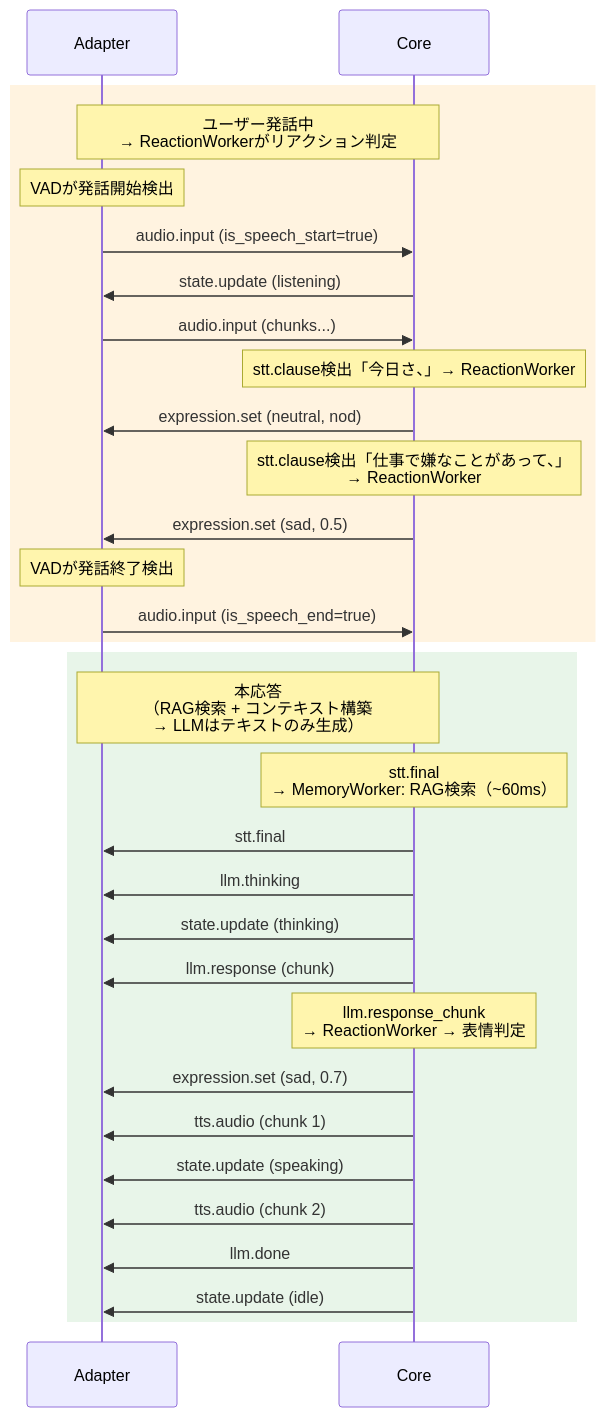
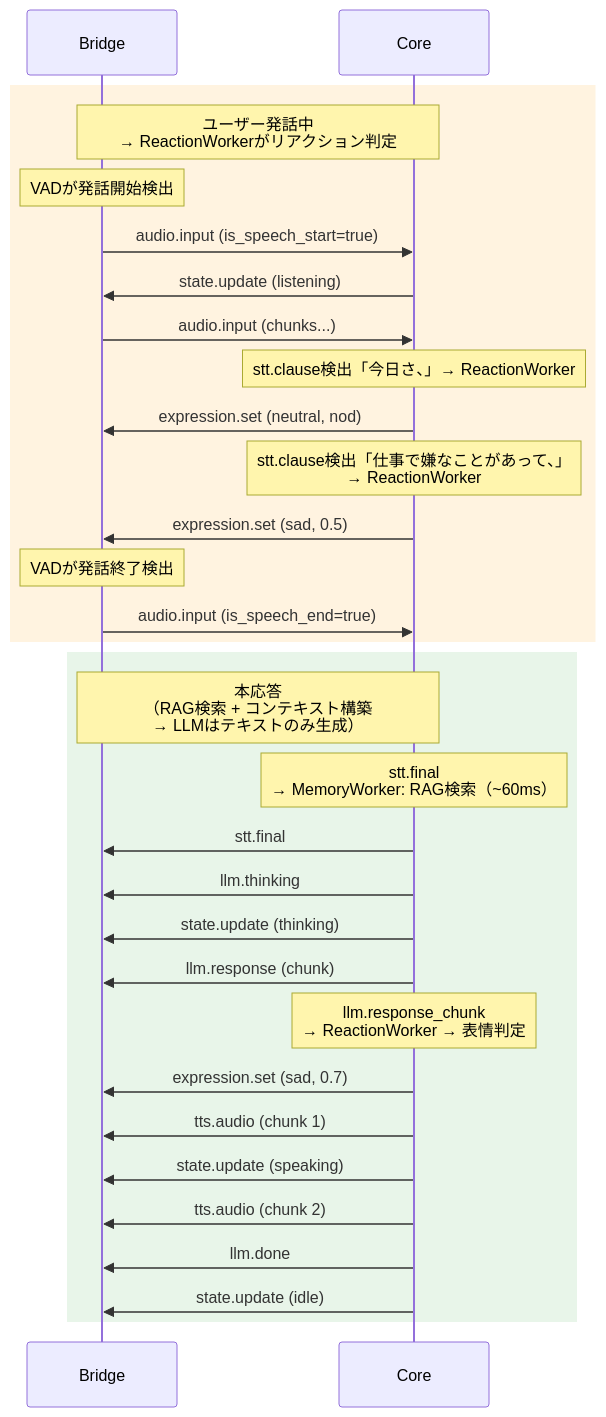
The second of 3 diagrams in docs/protocol.md (miumo6329/ai-avatar-framework), drawn with Mermaid before and after one commit. The commit also changed other lines of this file and 11 other files, not shown here.

````diff
--- a/docs/protocol.md
+++ b/docs/protocol.md
@@ -358,35 +358,35 @@
 ```mermaid
 sequenceDiagram
-  participant Adapter
+  participant Bridge
   participant Core
 
   rect rgb(255, 243, 224)
-    Note over Adapter, Core: ユーザー発話中 <br/>→ ReactionWorkerがリアクション判定
-    Note over Adapter: VADが発話開始検出
-    Adapter->>Core: audio.input (is_speech_start=true)
-    Core->>Adapter: state.update (listening)
-    Adapter->>Core: audio.input (chunks...)
+    Note over Bridge, Core: ユーザー発話中 <br/>→ ReactionWorkerがリアクション判定
+    Note over Bridge: VADが発話開始検出
+    Bridge->>Core: audio.input (is_speech_start=true)
+    Core->>Bridge: state.update (listening)
+    Bridge->>Core: audio.input (chunks...)
     Note over Core: stt.clause検出「今日さ、」→ ReactionWorker
-    Core->>Adapter: expression.set (neutral, nod)
+    Core->>Bridge: expression.set (neutral, nod)
     Note over Core: stt.clause検出「仕事で嫌なことがあって、」<br/>→ ReactionWorker
-    Core->>Adapter: expression.set (sad, 0.5)
-    Note over Adapter: VADが発話終了検出
-    Adapter->>Core: audio.input (is_speech_end=true)
+    Core->>Bridge: expression.set (sad, 0.5)
+    Note over Bridge: VADが発話終了検出
+    Bridge->>Core: audio.input (is_speech_end=true)
   end
 
   rect rgb(232, 245, 233)
-    Note over Adapter, Core: 本応答<br/>（RAG検索 + コンテキスト構築 <br/>→ LLMはテキストのみ生成）
+    Note over Bridge, Core: 本応答<br/>（RAG検索 + コンテキスト構築 <br/>→ LLMはテキストのみ生成）
     Note over Core: stt.final <br/>→ MemoryWorker: RAG検索（~60ms）
-    Core->>Adapter: stt.final
-    Core->>Adapter: llm.thinking
-    Core->>Adapter: state.update (thinking)
-    Core->>Adapter: llm.response (chunk)
+    Core->>Bridge: stt.final
+    Core->>Bridge: llm.thinking
+    Core->>Bridge: state.update (thinking)
+    Core->>Bridge: llm.response (chunk)
     Note over Core: llm.response_chunk <br/>→ ReactionWorker → 表情判定
-    Core->>Adapter: expression.set (sad, 0.7)
-    Core->>Adapter: tts.audio (chunk 1)
-    Core->>Adapter: state.update (speaking)
-    Core->>Adapter: tts.audio (chunk 2)
-    Core->>Adapter: llm.done
-    Core->>Adapter: state.update (idle)
+    Core->>Bridge: expression.set (sad, 0.7)
+    Core->>Bridge: tts.audio (chunk 1)
+    Core->>Bridge: state.update (speaking)
+    Core->>Bridge: tts.audio (chunk 2)
+    Core->>Bridge: llm.done
+    Core->>Bridge: state.update (idle)
   end
 ```
````
